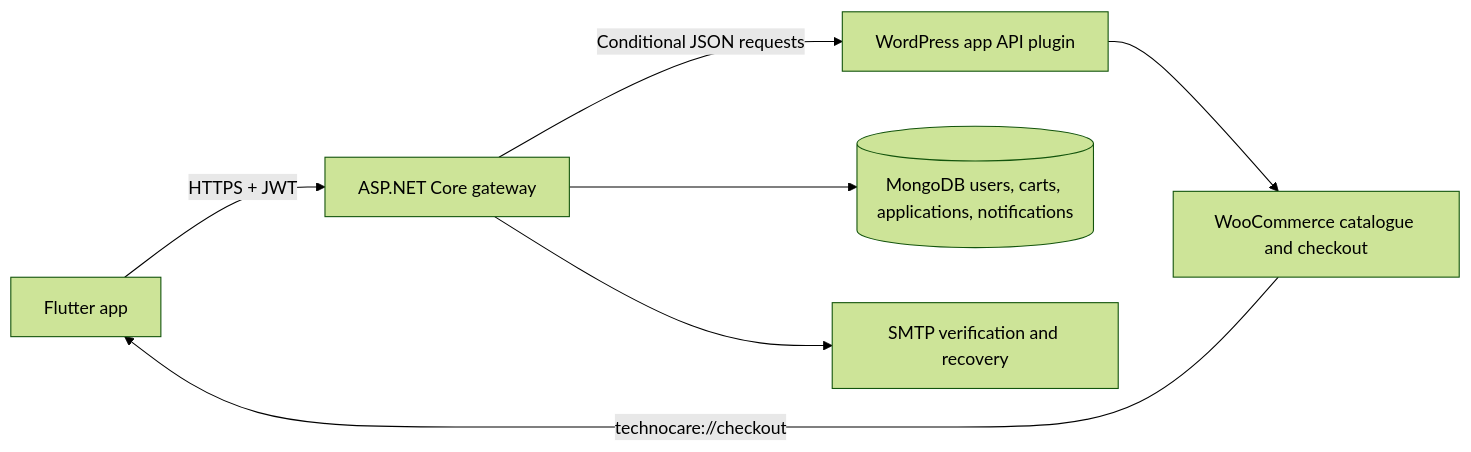
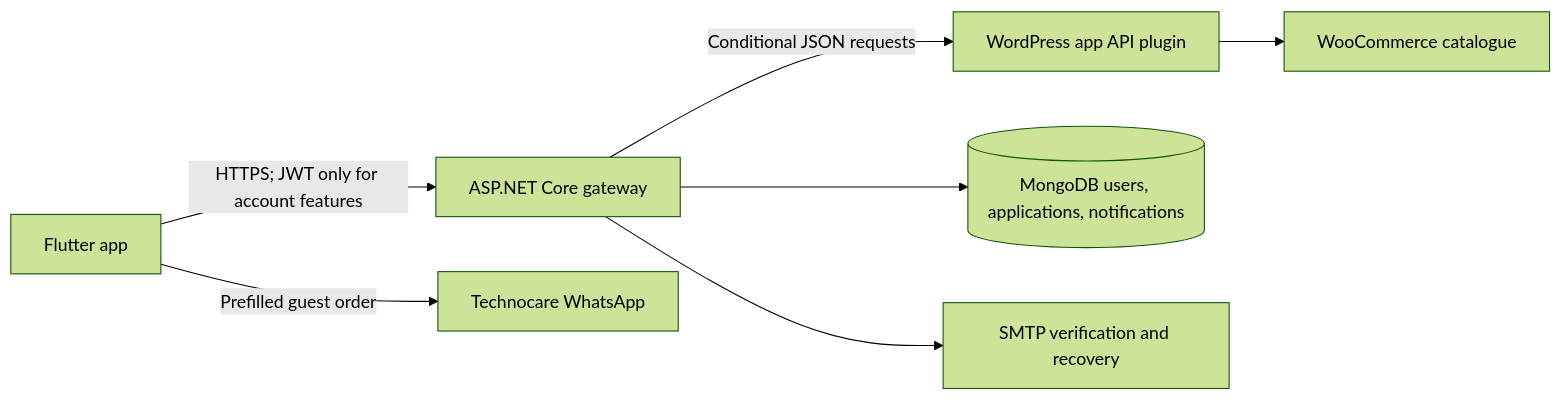
Before and after one commit to SeljanKarimli/Technocare: the diagram in README.md, drawn with Mermaid (forest theme). The commit also changed other lines of this file and 14 other files, not shown here.

Commit message:
feat: enable guest WhatsApp ordering

````diff
--- a/README.md
+++ b/README.md
@@ -7,9 +7,9 @@
 ```mermaid
 flowchart LR
-    App[Flutter app] -->|HTTPS + JWT| API[ASP.NET Core gateway]
+    App[Flutter app] -->|HTTPS; JWT only for account features| API[ASP.NET Core gateway]
     API -->|Conditional JSON requests| WP[WordPress app API plugin]
-    WP --> Woo[WooCommerce catalogue and checkout]
-    API --> Mongo[(MongoDB users, carts, applications, notifications)]
+    WP --> Woo[WooCommerce catalogue]
+    API --> Mongo[(MongoDB users, applications, notifications)]
     API --> SMTP[SMTP verification and recovery]
-    Woo -->|technocare://checkout| App
+    App -->|Prefilled guest order| WhatsApp[Technocare WhatsApp]
 ```
````
